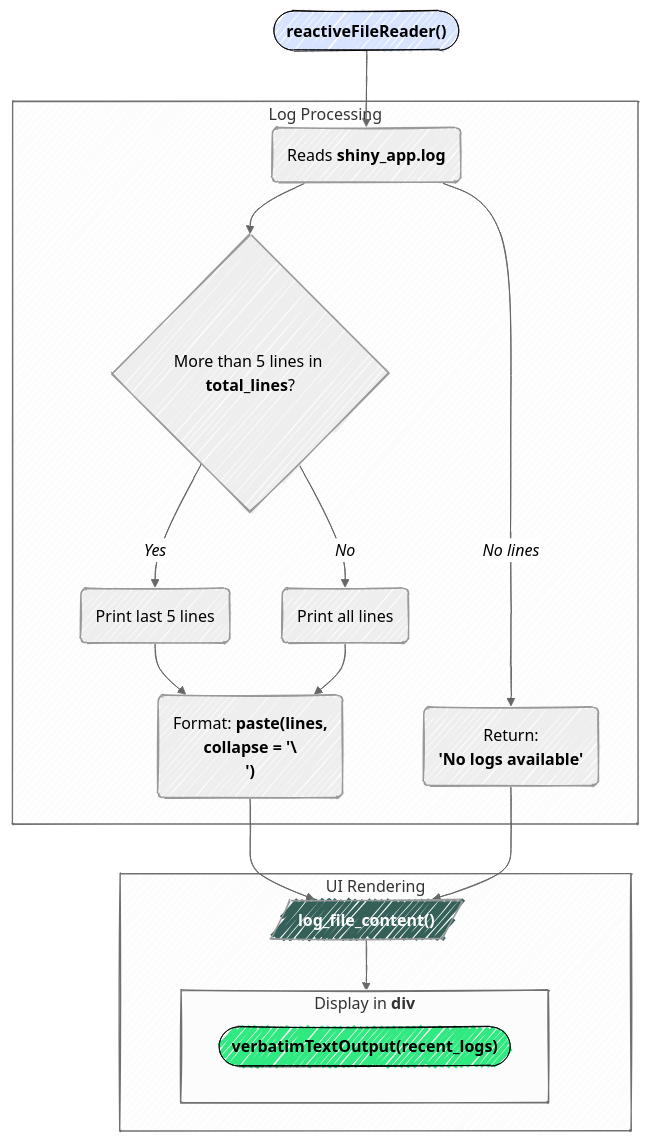
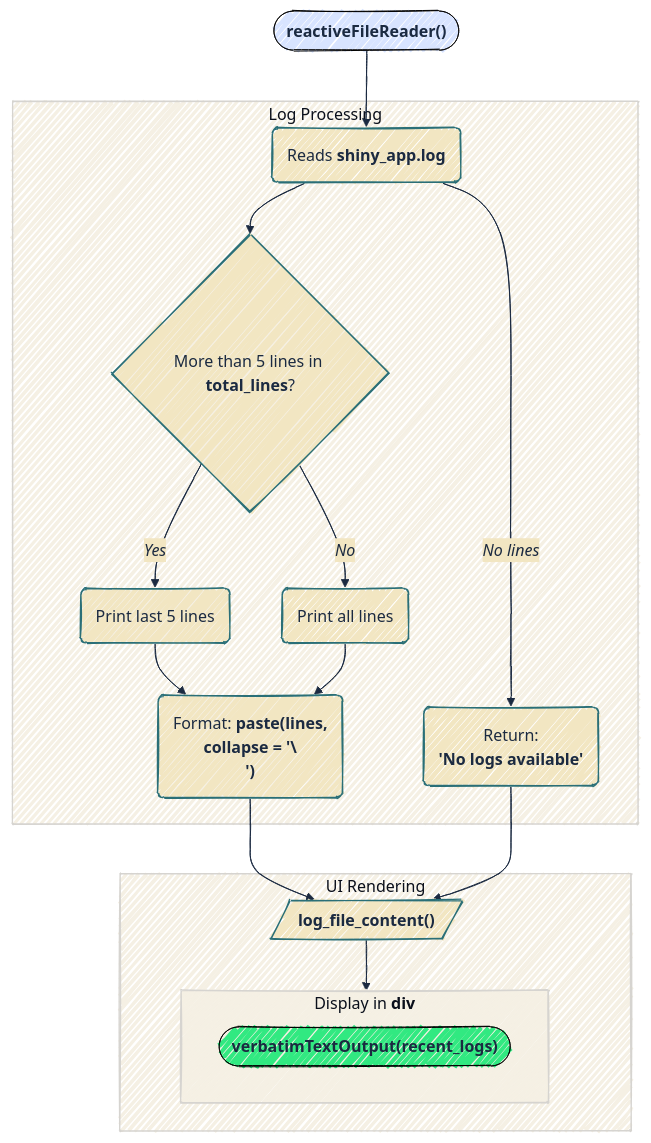
One commit to mjfrigaard/do4ds-labs changed the third of 3 diagrams in app-log-r.qmd. Above: the diagram before and after it, drawn with Mermaid. The commit also changed other lines of this file and 88 other files, not shown here.

````diff
--- a/app-log-r.qmd
+++ b/app-log-r.qmd
@@ -641,46 +641,45 @@
 ```{mermaid}
 %%| fig-cap: 'Displaying logs'
 %%| fig-align: center
 %%| fig-width: 7.0
-%%{init: {'theme': 'neutral', 'look': 'handDrawn', 'themeVariables': { 'fontFamily': 'monospace'}}}%%
+%%{init: {'theme': 'base', 'look': 'handDrawn', 'themeVariables': { 'fontFamily': 'monospace', 'primaryColor': '#F2E6C2', 'primaryBorderColor': '#2A6F77', 'primaryTextColor': '#1B2A41', 'secondaryColor': '#d4e7e4', 'tertiaryColor': '#f5f0e4', 'lineColor': '#1B2A41', 'edgeLabelBackground': '#F2E6C2'}}}%%
 
 flowchart TD
   A(["<strong>reactiveFileReader()</strong> "])
 
  subgraph LogProc["Log Processing"]
         H("Reads <strong>shiny_app.log</strong>")
         I{"More than 5 lines in <strong>total_lines</strong>?"}
         J("Print last 5 lines")
         K("Print all lines")
         L("Format: <strong>paste(lines,</strong><br><strong>collapse = '\\n')</strong>")
         M("Return:<br><strong>'No logs available'</strong>")
   end
 
     A --> H
     H --> I
     I -- "<em>Yes</em" --> J
     I -- "<em>No</em>" --> K
     J --> L
     K --> L
     H -- "<em>No lines</em>"--> M
 
  subgraph UI["UI Rendering"]
      N[/"<strong>log_file_content()</strong>"/]
      subgraph P["Display in <strong>div</strong>"]
          O(["<strong>verbatimTextOutput(recent_logs)</strong>"])
      end
   end
   
   L & M --> N
   N --> P
 
-	style A fill:#d8e4ff,stroke:#000,stroke-width:1px
-    style N fill:#35605a,color:#fff
+	style A stroke-width:1px
     
     classDef log fill:#d8e4ff,stroke:#000,stroke-width:1px
     class A log
     
     classDef outcome fill:#31e981,stroke:#000,stroke-width:1px
     class O outcome
 
 ```
````
